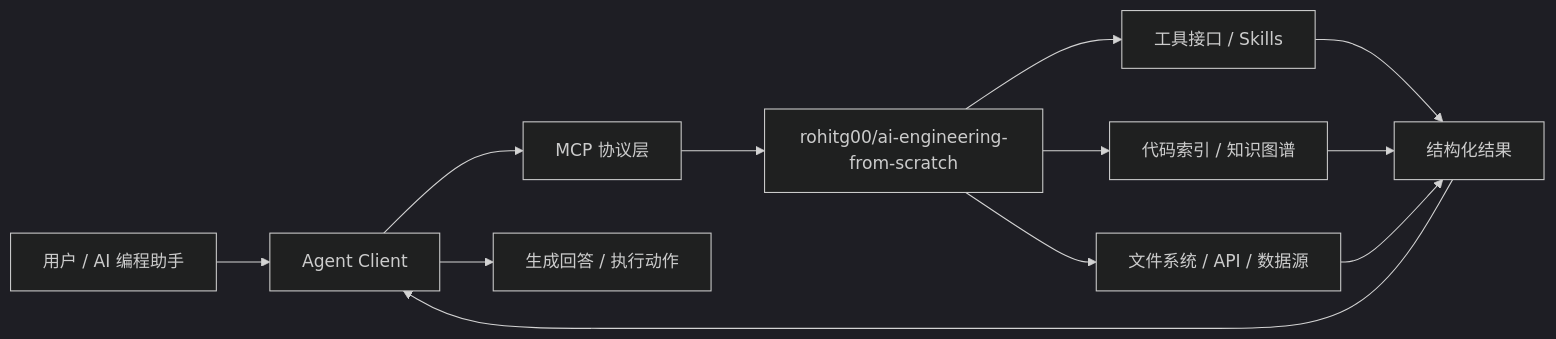
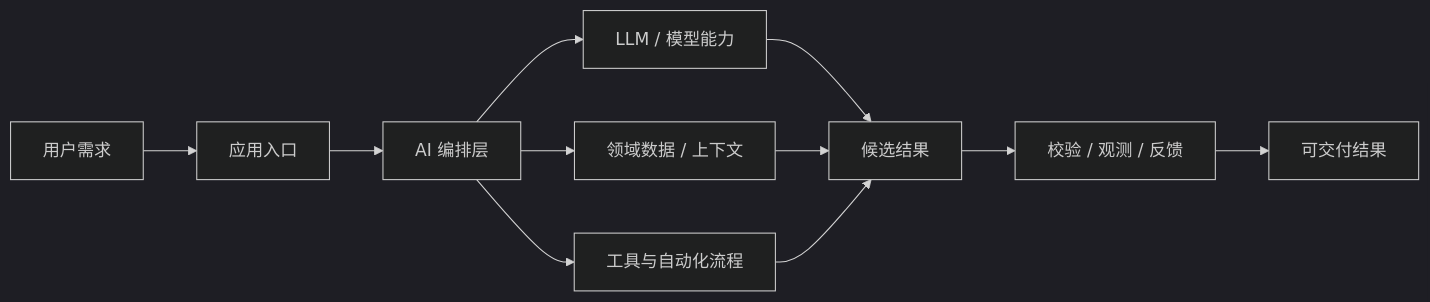
The third of 5 diagrams in TRENDING.md (Lingwangla/github_trend), drawn with Mermaid (dark theme) before and after one commit. The commit also changed other lines of this file and 1 other file, not shown here.

````diff
--- a/TRENDING.md
+++ b/TRENDING.md
@@ -108,14 +107,13 @@
 ```mermaid
 flowchart LR
-    User[用户 / AI 编程助手] --> Client[Agent Client]
-    Client --> Protocol[MCP 协议层]
-    Protocol --> Server[rohitg00/ai-engineering-from-scratch]
-    Server --> Tools[工具接口 / Skills]
-    Server --> Index[代码索引 / 知识图谱]
-    Server --> Data[文件系统 / API / 数据源]
-    Tools --> Result[结构化结果]
-    Index --> Result
+    User[用户需求] --> Interface[应用入口]
+    Interface --> Orchestrator[AI 编排层]
+    Orchestrator --> Model[LLM / 模型能力]
+    Orchestrator --> Data[领域数据 / 上下文]
+    Orchestrator --> Tools[工具与自动化流程]
+    Model --> Result[候选结果]
     Data --> Result
-    Result --> Client
-    Client --> Answer[生成回答 / 执行动作]
+    Tools --> Result
+    Result --> Review[校验 / 观测 / 反馈]
+    Review --> Output[可交付结果]
 ```
````
